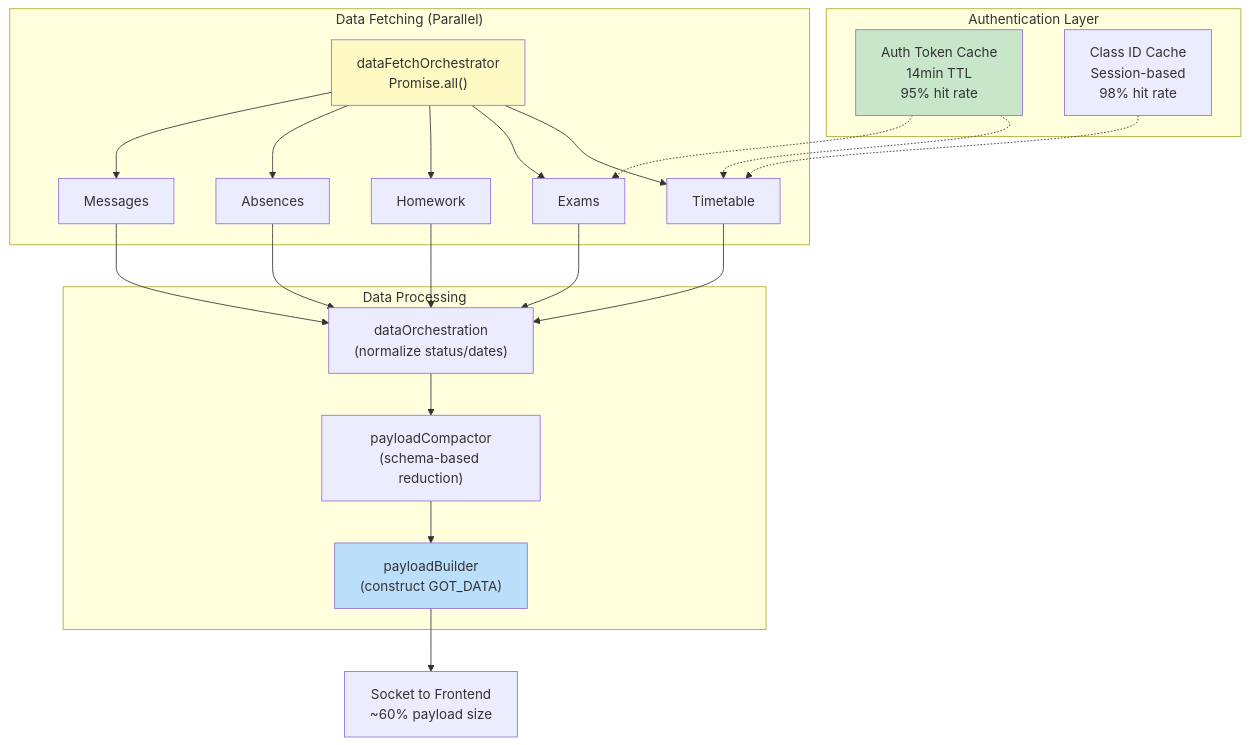
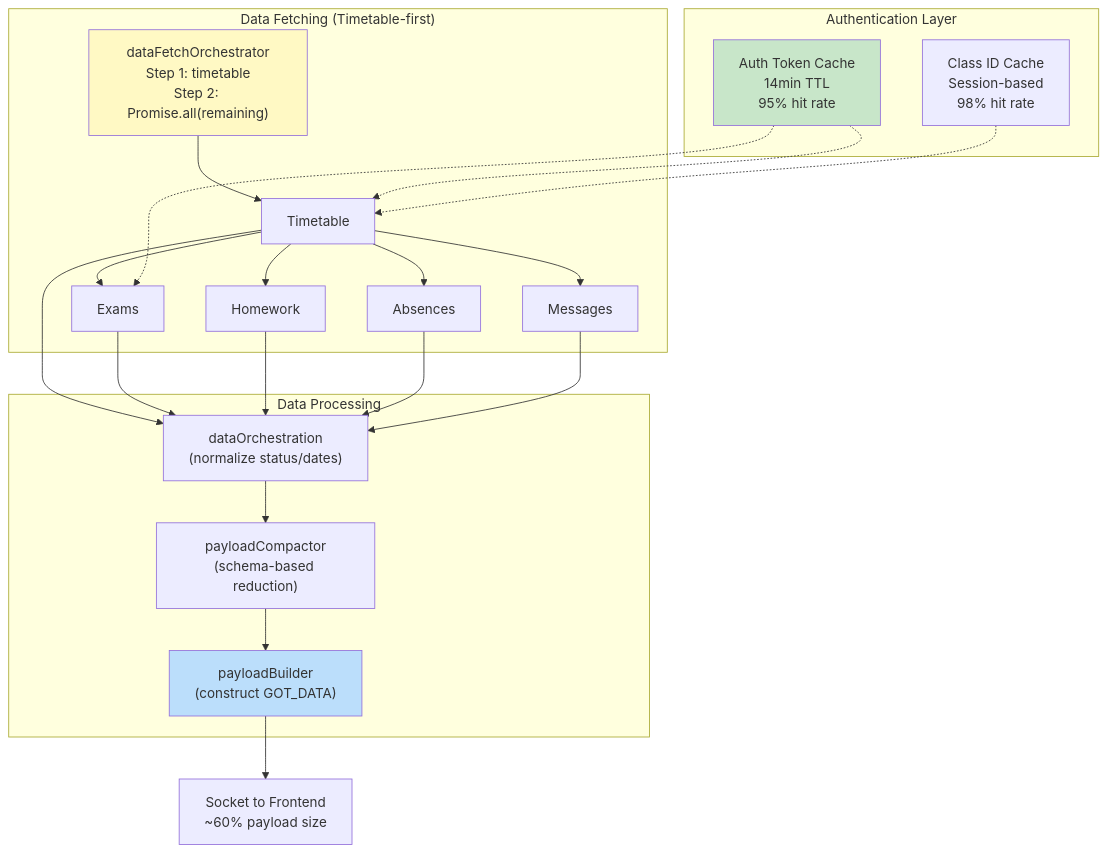
Before and after one commit to HeikoGr/MMM-Webuntis: diagram 13 of 13 in docs/ARCHITECTURE.md, drawn with Mermaid. The commit also changed other lines of this file and 32 other files, not shown here.

````diff
--- a/docs/ARCHITECTURE.md
+++ b/docs/ARCHITECTURE.md
@@ -1202,47 +1245,47 @@
 ```mermaid
 graph TB
     subgraph Auth["Authentication Layer"]
         AC["Auth Token Cache<br/>14min TTL<br/>95% hit rate"]
         CID["Class ID Cache<br/>Session-based<br/>98% hit rate"]
     end
 
-    subgraph Fetch["Data Fetching (Parallel)"]
-        Orch["dataFetchOrchestrator<br/>Promise.all()"]
+    subgraph Fetch["Data Fetching (Timetable-first)"]
+        Orch["dataFetchOrchestrator<br/>Step 1: timetable<br/>Step 2: Promise.all(remaining)"]
         API1["Timetable"]
         API2["Exams"]
         API3["Homework"]
         API4["Absences"]
         API5["Messages"]
 
         Orch --> API1
-        Orch --> API2
-        Orch --> API3
-        Orch --> API4
-        Orch --> API5
+        API1 --> API2
+        API1 --> API3
+        API1 --> API4
+        API1 --> API5
     end
 
     subgraph Process["Data Processing"]
         Trans["dataOrchestration<br/>(normalize status/dates)"]
         Compact["payloadCompactor<br/>(schema-based reduction)"]
         Build["payloadBuilder<br/>(construct GOT_DATA)"]
     end
 
     AC -.-> API1
     AC -.-> API2
     CID -.-> API1
 
     API1 --> Trans
     API2 --> Trans
     API3 --> Trans
     API4 --> Trans
     API5 --> Trans
 
     Trans --> Compact
     Compact --> Build
 
     Build --> Frontend["Socket to Frontend<br/>~60% payload size"]
 
     style AC fill:#c8e6c9
     style Orch fill:#fff9c4
     style Build fill:#bbdefb
 ```
````
